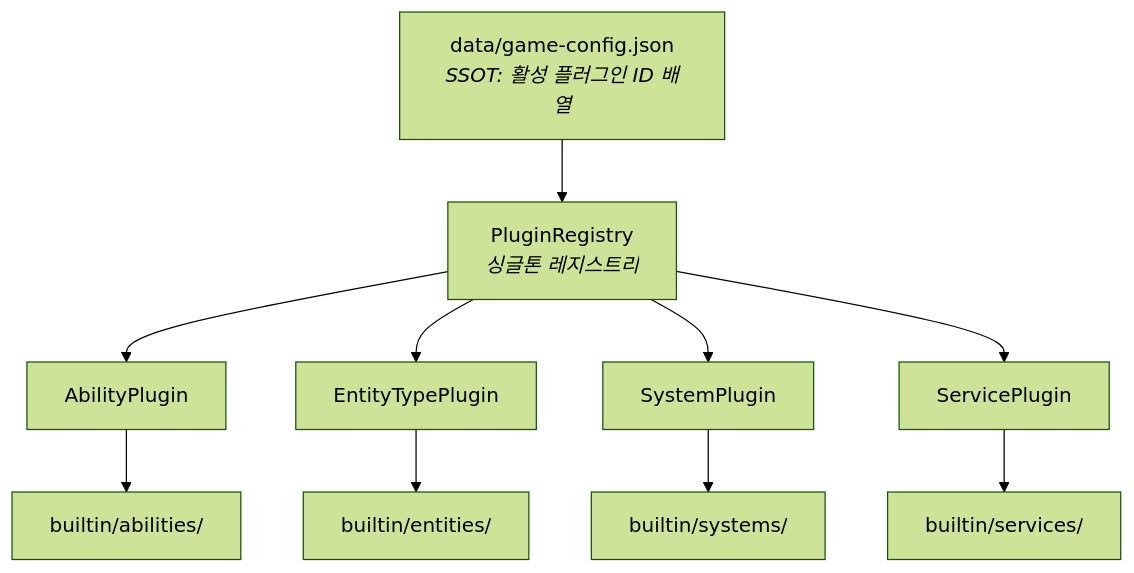
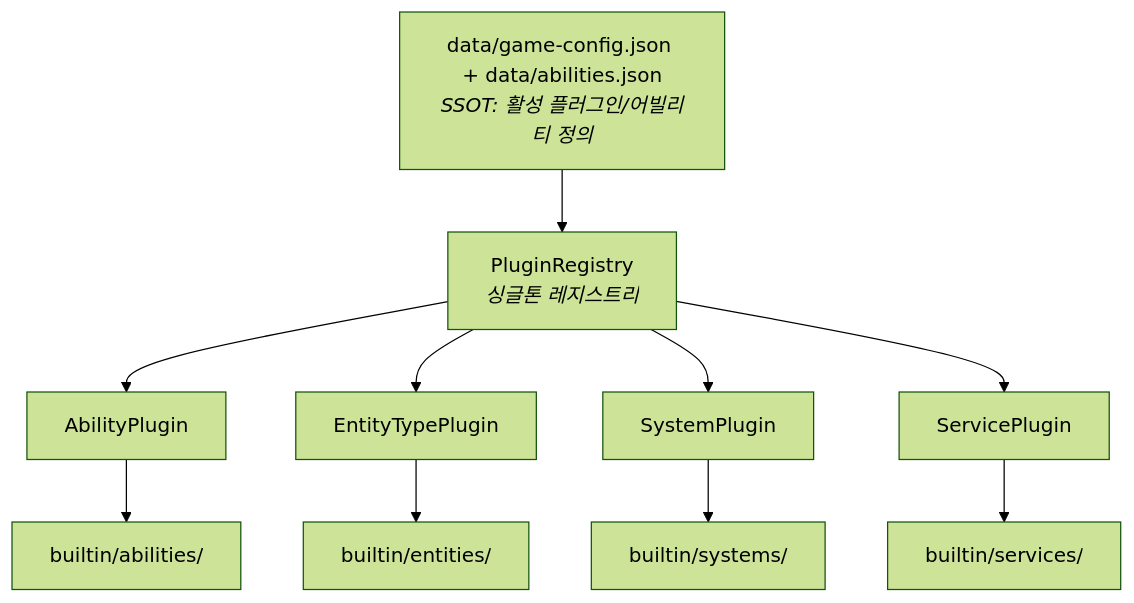
The first of 5 diagrams in docs/PLUGIN_ARCHITECTURE.md (nelta9x/vflashhead), drawn with Mermaid (forest theme) before and after one commit. The commit also changed other lines of this file and 22 other files, not shown here.

Commit message:
feat: migrate abilities to abilities.json with fail-fast validation

````diff
--- a/docs/PLUGIN_ARCHITECTURE.md
+++ b/docs/PLUGIN_ARCHITECTURE.md
@@ -10,23 +10,23 @@
 ```mermaid
 graph TD
-  CONFIG["data/game-config.json<br/><i>SSOT: 활성 플러그인 ID 배열</i>"]
+  CONFIG["data/game-config.json + data/abilities.json<br/><i>SSOT: 활성 플러그인/어빌리티 정의</i>"]
   REG["PluginRegistry<br/><i>싱글톤 레지스트리</i>"]
   AP["AbilityPlugin"]
   EP["EntityTypePlugin"]
   SYP["SystemPlugin"]
   SVP["ServicePlugin"]
   BA["builtin/abilities/"]
   BE["builtin/entities/"]
   BS["builtin/systems/"]
   BSV["builtin/services/"]
 
   CONFIG --> REG
   REG --> AP
   REG --> EP
   REG --> SYP
   REG --> SVP
   AP --> BA
   EP --> BE
   SYP --> BS
   SVP --> BSV
 ```
````
